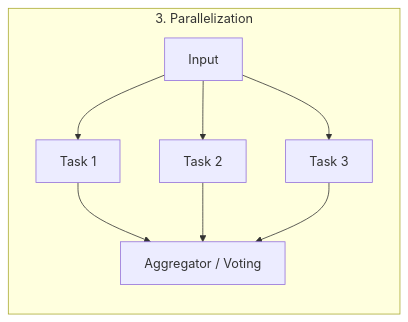
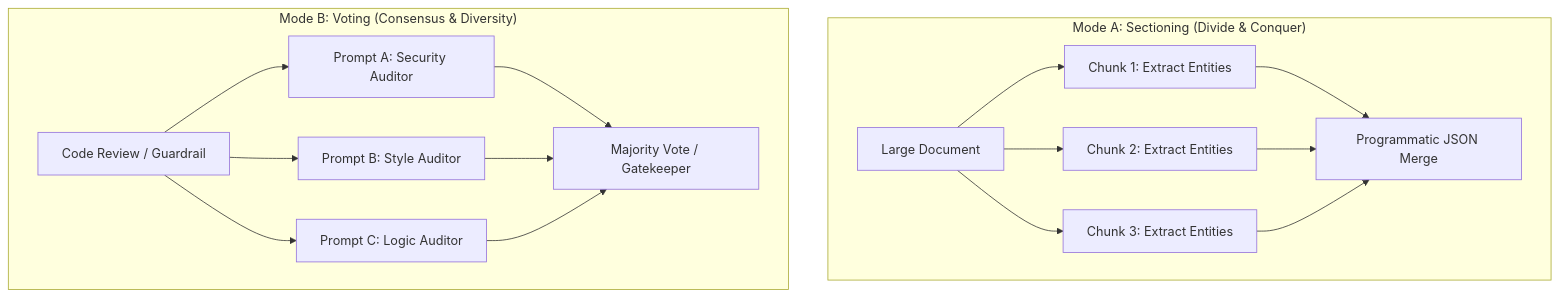
One commit to sivaskm/agentic-ai-engineering changed the eighth of 14 diagrams in module-01-agentic-ai-foundations/content/01-from-generative-ai-to-agentic-control-loops.md. Above: the diagram before and after it, drawn with Mermaid. The commit also changed other lines of this file, not shown here.

````diff
--- a/module-01-agentic-ai-foundations/content/01-from-generative-ai-to-agentic-control-loops.md
+++ b/module-01-agentic-ai-foundations/content/01-from-generative-ai-to-agentic-control-loops.md
@@ -207,12 +262,16 @@
 ```mermaid
 flowchart TD
-    subgraph Pattern3 [3. Parallelization]
-        direction TB
-        Par_In[Input] --> Par_A[Task 1]
-        Par_In --> Par_B[Task 2]
-        Par_In --> Par_C[Task 3]
-        Par_A --> Par_Agg[Aggregator / Voting]
-        Par_B --> Par_Agg
-        Par_C --> Par_Agg
+    subgraph Sectioning ["Mode A: Sectioning (Divide & Conquer)"]
+        InA[Large Document] --> S1[Chunk 1: Extract Entities]
+        InA --> S2[Chunk 2: Extract Entities]
+        InA --> S3[Chunk 3: Extract Entities]
+        S1 & S2 & S3 --> AggA[Programmatic JSON Merge]
+    end
+
+    subgraph Voting ["Mode B: Voting (Consensus & Diversity)"]
+        InB[Code Review / Guardrail] --> V1[Prompt A: Security Auditor]
+        InB --> V2[Prompt B: Style Auditor]
+        InB --> V3[Prompt C: Logic Auditor]
+        V1 & V2 & V3 --> AggB[Majority Vote / Gatekeeper]
     end
 ```
````
